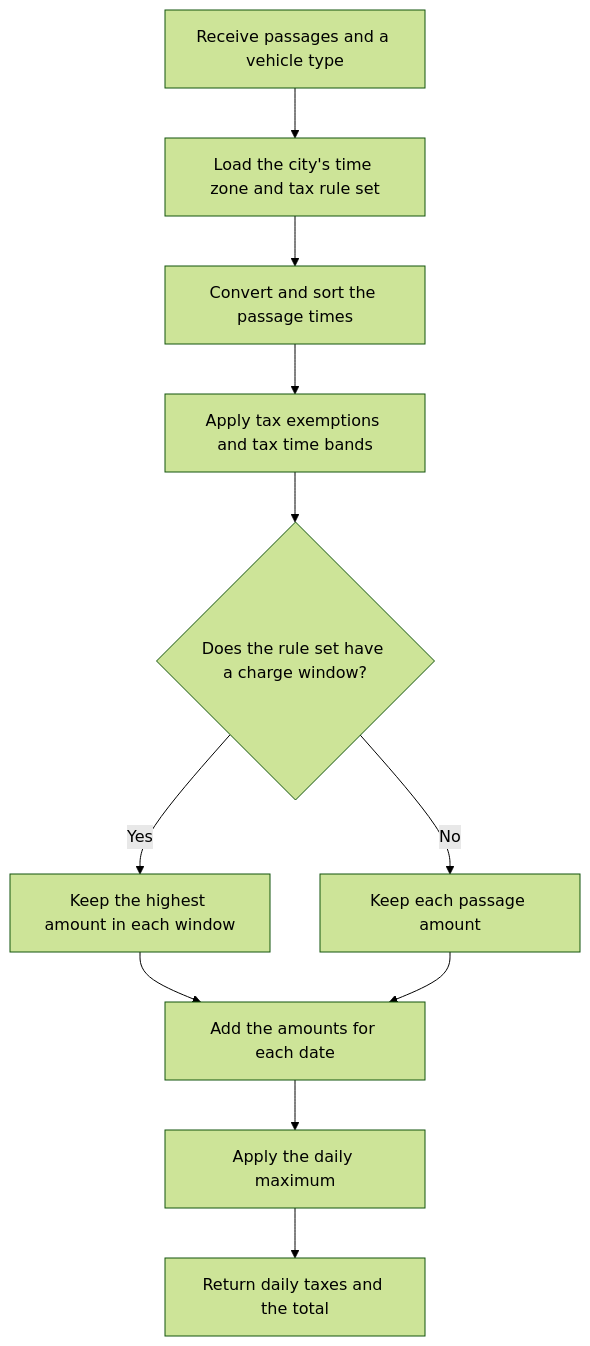
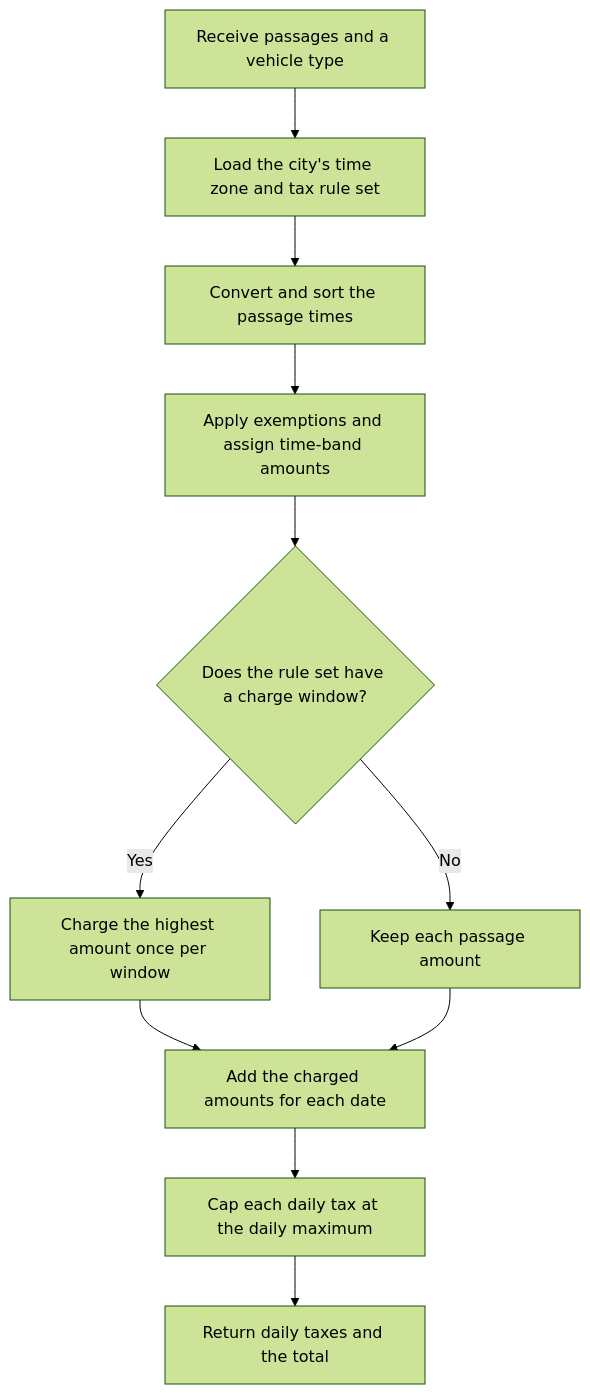
One commit to igrgin/congestion-tax-calculator changed the diagram in docs/calculation.md. Above: the diagram before and after it, drawn with Mermaid (forest theme). The commit also changed other lines of this file, not shown here.

````diff
--- a/docs/calculation.md
+++ b/docs/calculation.md
@@ -7,18 +9,18 @@
 ```mermaid
 flowchart TD
     request[Receive passages and a vehicle type]
     rules[Load the city's time zone and tax rule set]
     order[Convert and sort the passage times]
-    amounts[Apply tax exemptions and tax time bands]
+    amounts[Apply exemptions and assign time-band amounts]
     window{Does the rule set have a charge window?}
-    highest[Keep the highest amount in each window]
+    highest[Charge the highest amount once per window]
     individual[Keep each passage amount]
-    dates[Add the amounts for each date]
-    maximum[Apply the daily maximum]
+    dates[Add the charged amounts for each date]
+    maximum[Cap each daily tax at the daily maximum]
     result[Return daily taxes and the total]
 
     request --> rules --> order --> amounts --> window
     window -->|Yes| highest --> dates
     window -->|No| individual --> dates
     dates --> maximum --> result
 ```
````
